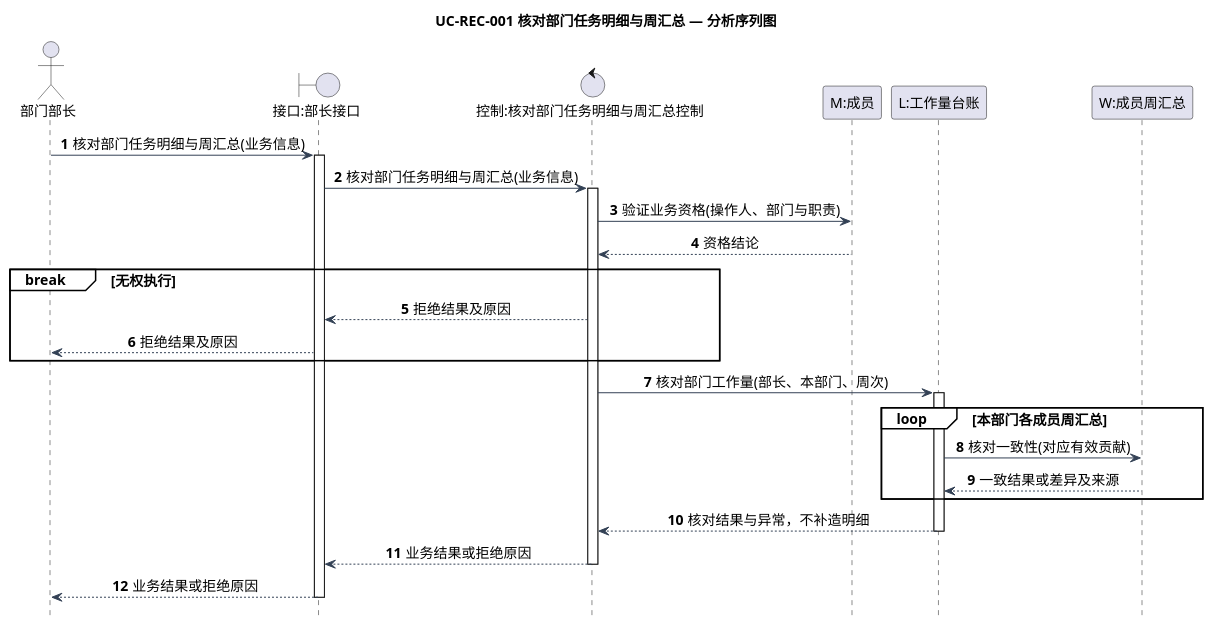
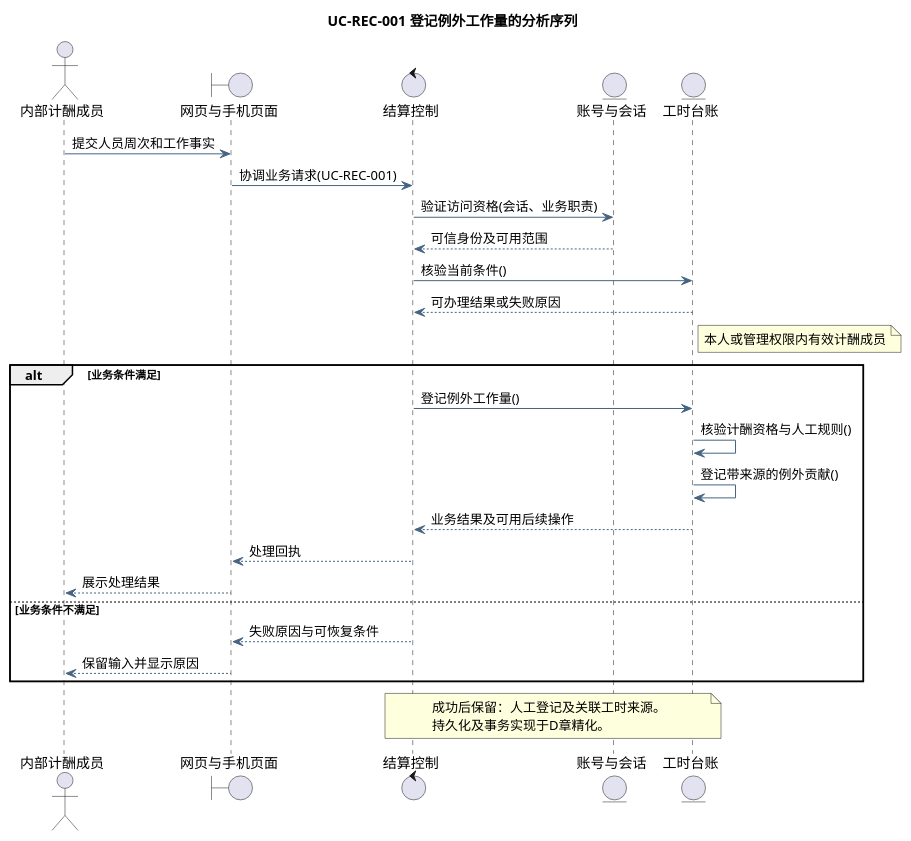
One commit to tccc1csu/miniprogram-csu changed the diagram in docs/diagrams/analysis/seq-uc-rec-001.puml. Above: the diagram before and after it, drawn with PlantUML. The commit also changed 376 other files, not shown here.

Commit message:
docs: align course UML and engineering documents with unified workbench

```diff
--- a/docs/diagrams/analysis/seq-uc-rec-001.puml
+++ b/docs/diagrams/analysis/seq-uc-rec-001.puml
@@ -1,47 +1,39 @@
 @startuml
-title UC-REC-001 核对部门任务明细与周汇总 — 分析序列图
 skinparam defaultFontName Microsoft YaHei
-skinparam defaultFontSize 14
 skinparam shadowing false
-skinparam backgroundColor white
+skinparam backgroundColor #FFFFFF
+skinparam ArrowColor #466482
 skinparam classAttributeIconSize 0
-skinparam classBackgroundColor #F5FAFF
-skinparam classBorderColor #46637F
-skinparam ArrowColor #334155
-skinparam nodesep 35
-skinparam ranksep 45
-hide footbox
-autonumber
-skinparam sequenceMessageAlign center
-skinparam sequenceGroupBackgroundColor white
-actor "部门部长" as A
-boundary "接口:部长接口" as B
-control "控制:核对部门任务明细与周汇总控制" as C
-participant "M:成员" as M
-participant "L:工作量台账" as L
-participant "W:成员周汇总" as W
-A -> B: 核对部门任务明细与周汇总(业务信息)
-activate B
-B -> C: 核对部门任务明细与周汇总(业务信息)
-activate C
-C -> M: 验证业务资格(操作人、部门与职责)
-M --> C: 资格结论
-break 无权执行
-  C --> B: 拒绝结果及原因
-  B --> A: 拒绝结果及原因
+hide empty members
+title UC-REC-001 登记例外工作量的分析序列
+actor "内部计酬成员" as actor
+boundary "网页与手机页面" as page
+control "结算控制" as ctl
+entity "账号与会话" as identity
+entity "工时台账" as model
+actor -> page : 提交人员周次和工作事实
+page -> ctl : 协调业务请求(UC-REC-001)
+ctl -> identity : 验证访问资格(会话、业务职责)
+identity --> ctl : 可信身份及可用范围
+ctl -> model : 核验当前条件()
+model --> ctl : 可办理结果或失败原因
+note right of model
+本人或管理权限内有效计酬成员
+end note
+alt 业务条件满足
+ctl -> model : 登记例外工作量()
+model -> model : 核验计酬资格与人工规则()
+model -> model : 登记带来源的例外贡献()
+model --> ctl : 业务结果及可用后续操作
+ctl --> page : 处理回执
+page --> actor : 展示处理结果
+else 业务条件不满足
+ctl --> page : 失败原因与可恢复条件
+page --> actor : 保留输入并显示原因
 end
+note over ctl,model
+成功后保留：人工登记及关联工时来源。
+持久化及事务实现于D章精化。
+end note
 
-C -> L: 核对部门工作量(部长、本部门、周次)
-activate L
-loop 本部门各成员周汇总
-  L -> W: 核对一致性(对应有效贡献)
-  W --> L: 一致结果或差异及来源
-end
-L --> C: 核对结果与异常，不补造明细
-deactivate L
-
-C --> B: 业务结果或拒绝原因
-deactivate C
-B --> A: 业务结果或拒绝原因
-deactivate B
 @enduml
```
